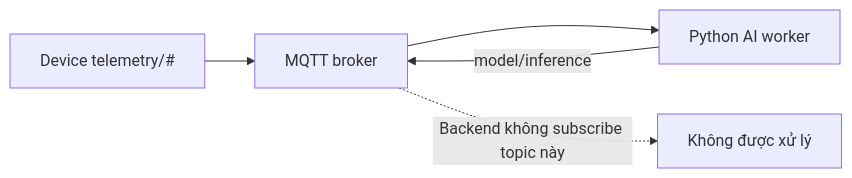
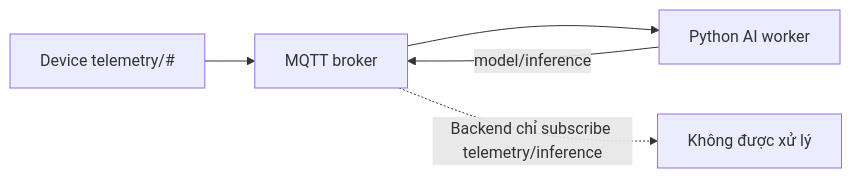
Before and after one commit to ntntran09/EdgeGuard: diagram 16 of 17 in docs/EDGEGUARD_FLOWS.md, drawn with Mermaid. The commit also changed other lines of this file, not shown here.

Commit message:
docs: update EdgeGuard HTTP flows

````diff
--- a/docs/EDGEGUARD_FLOWS.md
+++ b/docs/EDGEGUARD_FLOWS.md
@@ -623,7 +682,7 @@
 ```mermaid
 flowchart LR
     D[Device telemetry/#] --> M[MQTT broker]
     M --> W[Python AI worker]
     W -->|model/inference| M
-    M -.->|Backend không subscribe topic này| X[Không được xử lý]
+    M -.->|Backend chỉ subscribe telemetry/inference| X[Không được xử lý]
 ```
````
